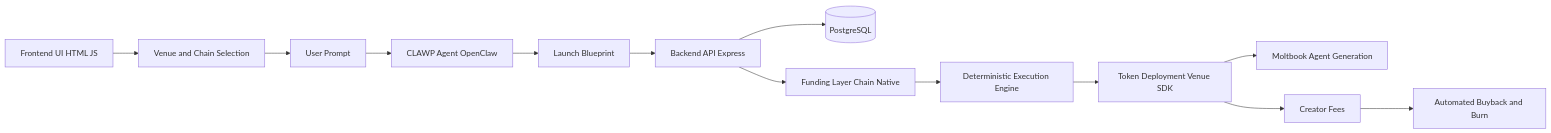
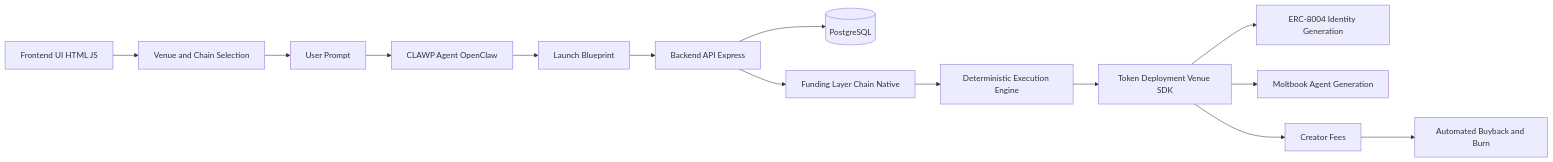
One commit to Clawpad/clawp.ad changed the diagram in README.md. Above: the diagram before and after it, drawn with Mermaid. The commit also changed other lines of this file, not shown here.

Commit message:
docs: add identity layer (ERC-8004) details to README

````diff
--- a/README.md
+++ b/README.md
@@ -18,38 +21,40 @@
 ```mermaid
 flowchart LR
     FE[Frontend UI HTML JS]
 
     V[Venue and Chain Selection]
 
     U[User Prompt]
     A[CLAWP Agent OpenClaw]
 
     B[Launch Blueprint]
 
     BE[Backend API Express]
     DB[(PostgreSQL)]
 
     FND[Funding Layer Chain Native]
     EX[Deterministic Execution Engine]
 
     DPL[Token Deployment Venue SDK]
 
+    ID8004[ERC-8004 Identity Generation]
     AG[Moltbook Agent Generation]
     FEES[Creator Fees]
     BB[Automated Buyback and Burn]
 
     FE --> V
     V --> U
     U --> A
     A --> B
     B --> BE
     BE --> DB
 
     BE --> FND
     FND --> EX
     EX --> DPL
 
+    DPL --> ID8004
     DPL --> AG
     DPL --> FEES
     FEES --> BB
 ```
````
